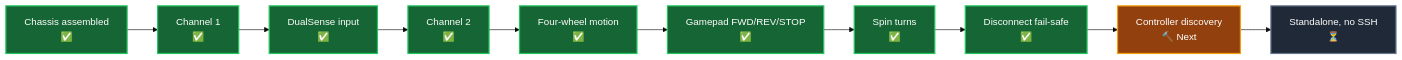
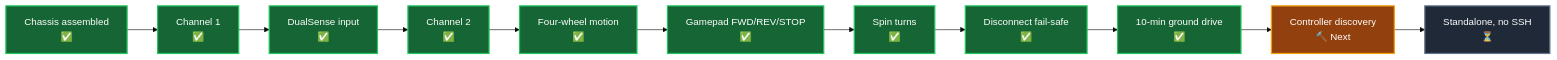
One commit to AndyChen227/RoverPi changed the first of 6 diagrams in README.md. Above: the diagram before and after it, drawn with Mermaid (base theme). The commit also changed other lines of this file and 27 other files, not shown here.

Commit message:
Correct the record: the August 16 session included a ground drive

````diff
--- a/README.md
+++ b/README.md
@@ -102,19 +103,20 @@
 ```mermaid
 flowchart LR
     A["Chassis assembled<br/>✅"] --> B["Channel 1<br/>✅"]
     B --> C["DualSense input<br/>✅"]
     C --> D["Channel 2<br/>✅"]
     D --> E["Four-wheel motion<br/>✅"]
     E --> F["Gamepad FWD/REV/STOP<br/>✅"]
     F --> G["Spin turns<br/>✅"]
     G --> H["Disconnect fail-safe<br/>✅"]
-    H --> I["Controller discovery<br/>🔨 Next"]
+    H --> K["10-min ground drive<br/>✅"]
+    K --> I["Controller discovery<br/>🔨 Next"]
     I --> J["Standalone, no SSH<br/>⏳"]
 
     classDef done fill:#166534,color:#fff,stroke:#22c55e,stroke-width:2px;
     classDef next fill:#92400e,color:#fff,stroke:#f59e0b,stroke-width:2px;
     classDef pending fill:#1f2937,color:#fff,stroke:#64748b,stroke-width:2px;
-    class A,B,C,D,E,F,G,H done;
+    class A,B,C,D,E,F,G,H,K done;
     class I next;
     class J pending;
 ```
````
